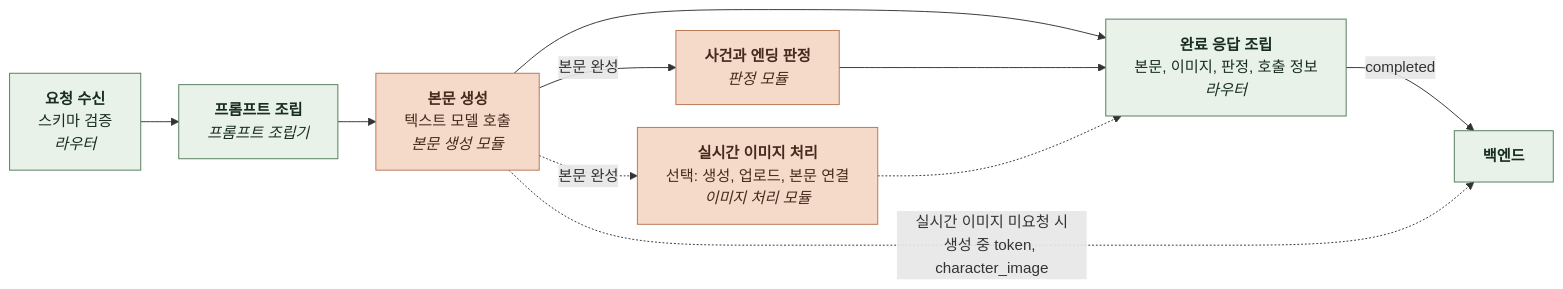
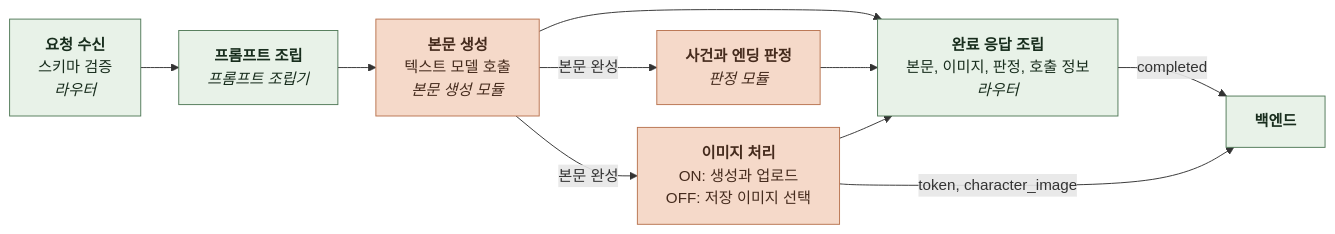
One commit to KIM-N-KANG/knk-harness changed the second of 3 diagrams in docs/AI/CHAT/4-2-DESIGN-SOFTWARE-ARCHITECTURE.md. Above: the diagram before and after it, drawn with Mermaid. The commit also changed other lines of this file and 13 other files, not shown here.

````diff
--- a/docs/AI/CHAT/4-2-DESIGN-SOFTWARE-ARCHITECTURE.md
+++ b/docs/AI/CHAT/4-2-DESIGN-SOFTWARE-ARCHITECTURE.md
@@ -48,17 +51,17 @@
 ```mermaid
 %%{init: {"flowchart": {"curve": "basis", "htmlLabels": true, "nodeSpacing": 24, "rankSpacing": 40}}}%%
 flowchart LR
     A["<b>요청 수신</b><br/>스키마 검증<br/><i>라우터</i>"] --> B["<b>프롬프트 조립</b><br/><i>프롬프트 조립기</i>"]
     B --> C["<b>본문 생성</b><br/>텍스트 모델 호출<br/><i>본문 생성 모듈</i>"]
     C -->|본문 완성| D["<b>사건과 엔딩 판정</b><br/><i>판정 모듈</i>"]
-    C -.->|본문 완성| E["<b>실시간 이미지 처리</b><br/>선택: 생성, 업로드, 본문 연결<br/><i>이미지 처리 모듈</i>"]
+    C -->|본문 완성| E["<b>이미지 처리</b><br/>ON: 생성과 업로드<br/>OFF: 저장 이미지 선택"]
     C --> F["<b>완료 응답 조립</b><br/>본문, 이미지, 판정, 호출 정보<br/><i>라우터</i>"]
     D --> F
-    E -.-> F
+    E --> F
     F -->|completed| G["<b>백엔드</b>"]
-    C -.->|실시간 이미지 미요청 시<br/>생성 중 token, character_image| G
+    E -->|token, character_image| G
     classDef comp fill:#E8F2E8,stroke:#527A59,color:#182D1D
     classDef task fill:#F5D9C9,stroke:#B97450,color:#452B1D
     class A,B,F,G comp
     class C,D,E task
 ```
````
